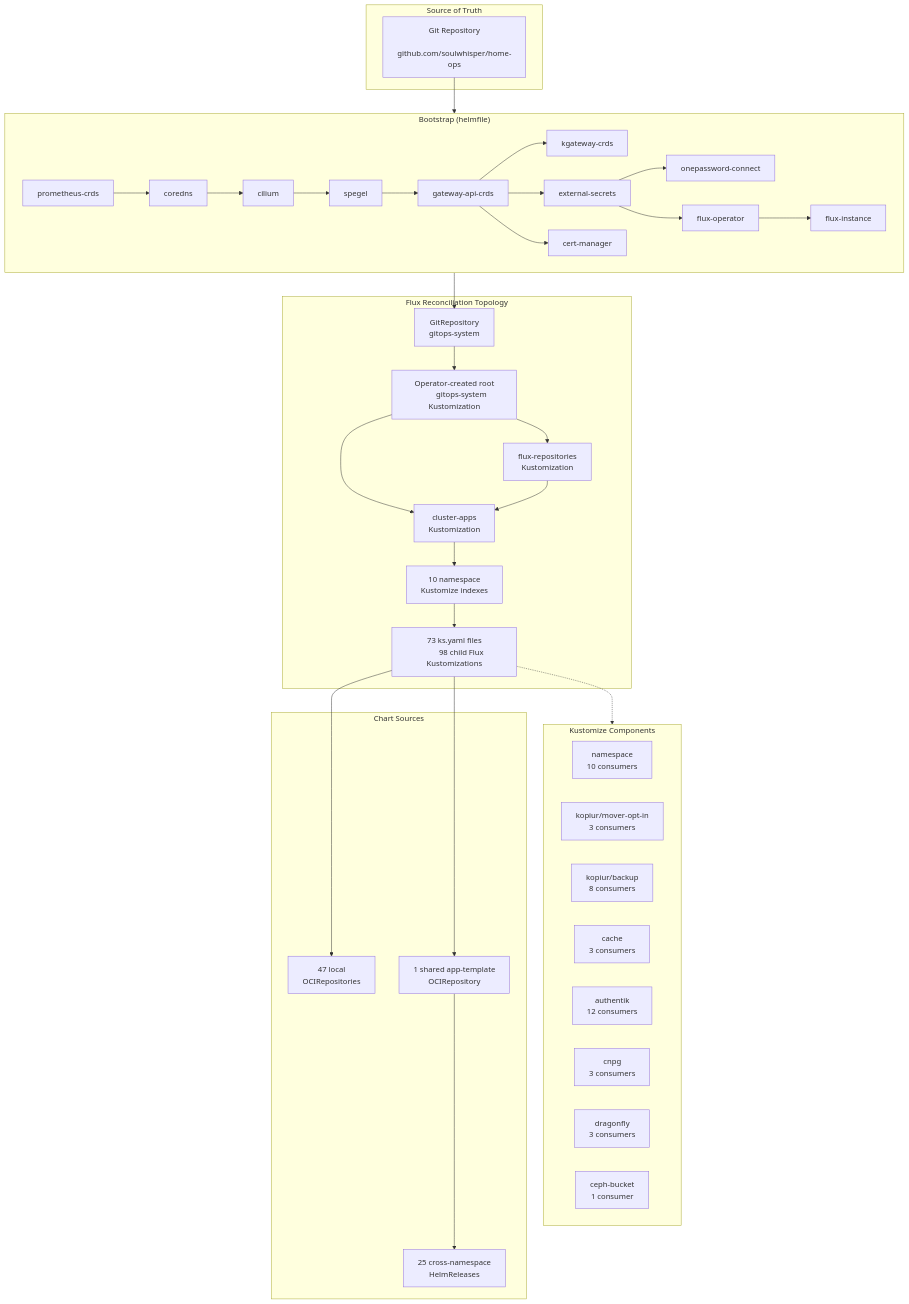
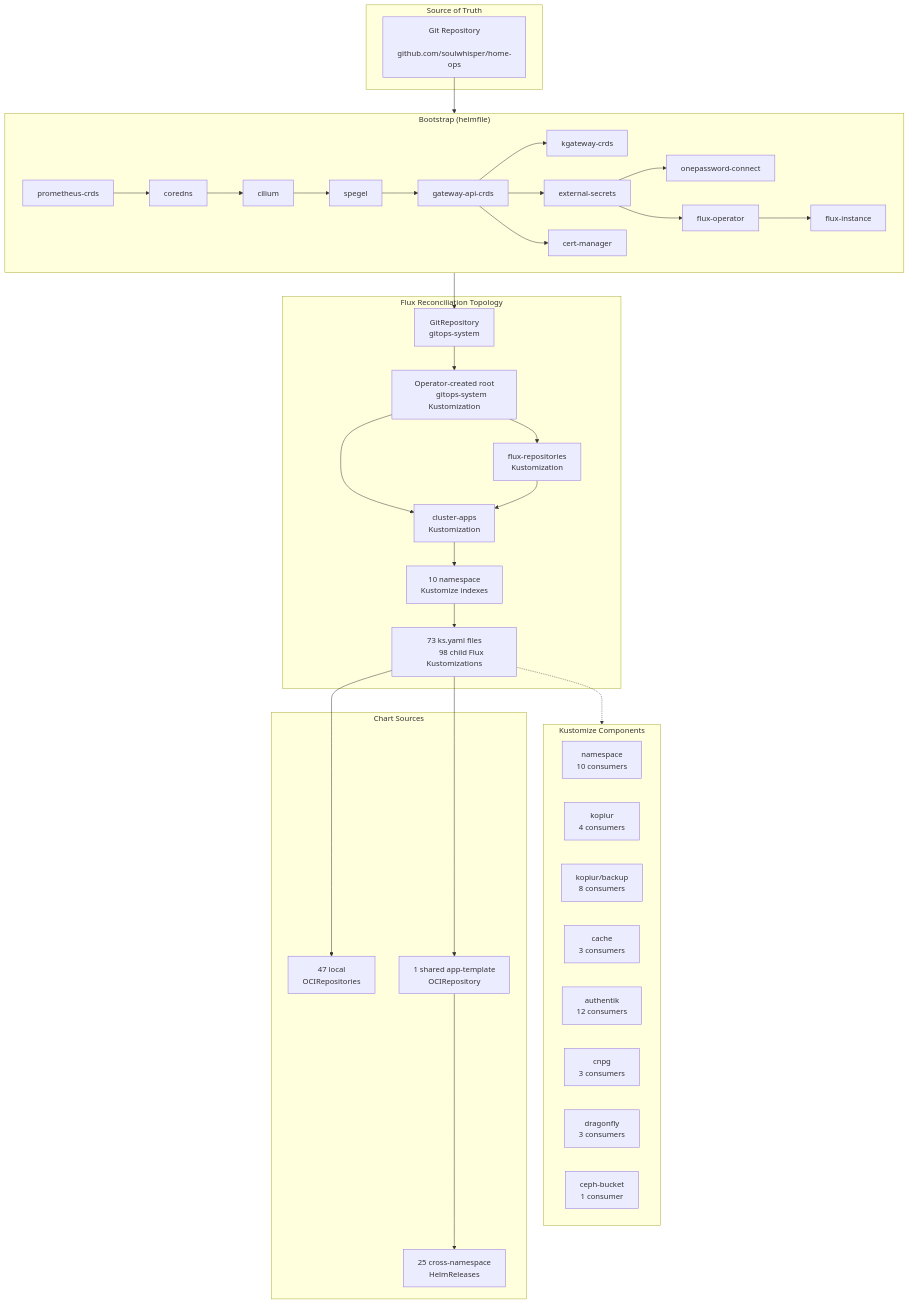
The diagram in docs/infrastructure/kubernetes.md (soulwhisper/home-ops), drawn with Mermaid before and after one commit. The commit also changed other lines of this file and 7 other files, not shown here.

First line of the commit message:
refactor(kopiur): share privileged mover opt-in across namespaces

````diff
--- a/docs/infrastructure/kubernetes.md
+++ b/docs/infrastructure/kubernetes.md
@@ -12,71 +12,71 @@
 ```mermaid
 flowchart TB
     subgraph Source["Source of Truth"]
         GIT["Git Repository
         github.com/soulwhisper/home-ops"]
     end
 
     subgraph Bootstrap["Bootstrap (helmfile)"]
         direction LR
         B1["prometheus-crds"] --> B2["coredns"]
         B2 --> B3["cilium"]
         B3 --> B4["spegel"]
         B4 --> B5["gateway-api-crds"]
         B5 --> B6["kgateway-crds"]
         B5 --> B7["external-secrets"]
         B5 --> B8["cert-manager"]
         B7 --> B9["onepassword-connect"]
         B7 --> B11["flux-operator"]
         B11 --> B12["flux-instance"]
     end
 
     subgraph FluxTopo["Flux Reconciliation Topology"]
         GR["GitRepository
         gitops-system"] --> ROOT["Operator-created root
         gitops-system Kustomization"]
         ROOT --> FR["flux-repositories
         Kustomization"]
         ROOT --> CA["cluster-apps
         Kustomization"]
         FR --> CA
         CA --> NS["10 namespace
         Kustomize indexes"]
         NS --> APPS["73 ks.yaml files
         98 child Flux Kustomizations"]
     end
 
     subgraph Components["Kustomize Components"]
         NS_COMP["namespace
         10 consumers"]
-        KOPIUR_MOVERS["kopiur/mover-opt-in
-        3 consumers"]
+        KOPIUR_MOVERS["kopiur
+        4 consumers"]
         KOPIUR_BACKUP["kopiur/backup
         8 consumers"]
         CACHE["cache
         3 consumers"]
         AUTHENTIK["authentik
         12 consumers"]
         CNPG["cnpg
         3 consumers"]
         DRAGONFLY["dragonfly
         3 consumers"]
         CEPH["ceph-bucket
         1 consumer"]
     end
 
     subgraph Charts["Chart Sources"]
         OCI_OWN["47 local
         OCIRepositories"]
         OCI_TPL["1 shared app-template
         OCIRepository"]
         CROSS["25 cross-namespace
         HelmReleases"]
     end
 
     GIT --> Bootstrap
     Bootstrap --> GR
     APPS -.-> Components
     APPS --> OCI_OWN
     APPS --> OCI_TPL
     OCI_TPL --> CROSS
 ```
````
